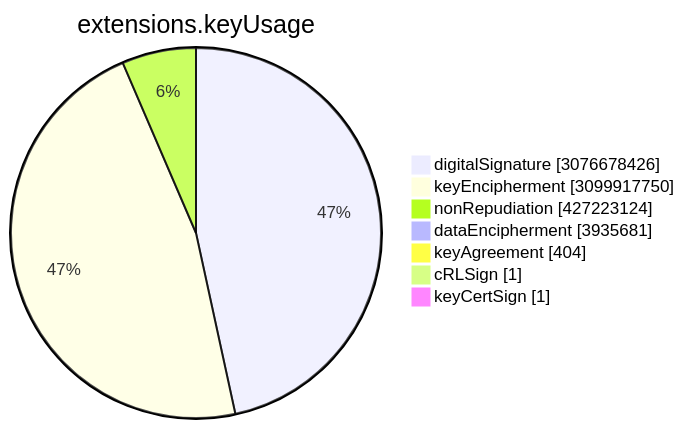
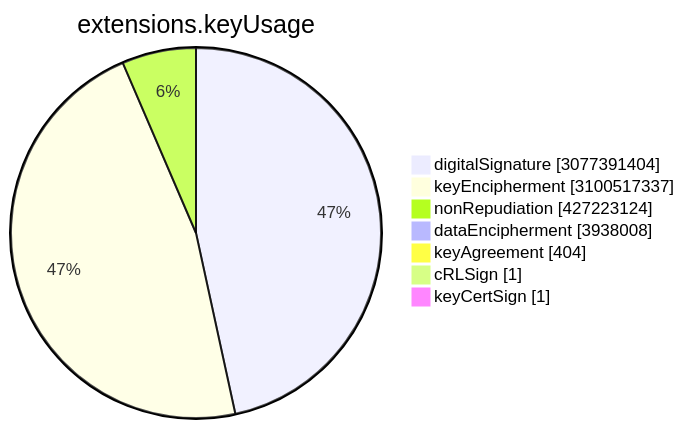
The sixth of 15 diagrams in TOTAL/README.md (christiankrug/ctmonitor_visualization), drawn with Mermaid before and after one commit. The commit also changed other lines of this file, not shown here.

````diff
--- a/TOTAL/README.md
+++ b/TOTAL/README.md
@@ -3077,11 +3077,11 @@
 ```mermaid
 pie showData
 title extensions.keyUsage
-"digitalSignature" :3076678426
-"keyEncipherment" :3099917750
+"digitalSignature" :3077391404
+"keyEncipherment" :3100517337
 "nonRepudiation" :427223124
-"dataEncipherment" :3935681
+"dataEncipherment" :3938008
 "keyAgreement" :404
 "cRLSign" :1
 "keyCertSign" :1
 ```
````
